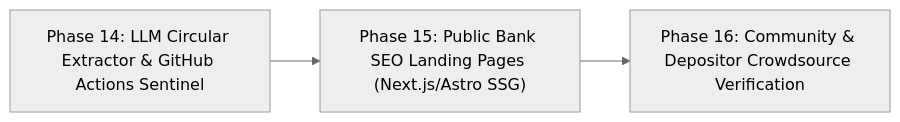
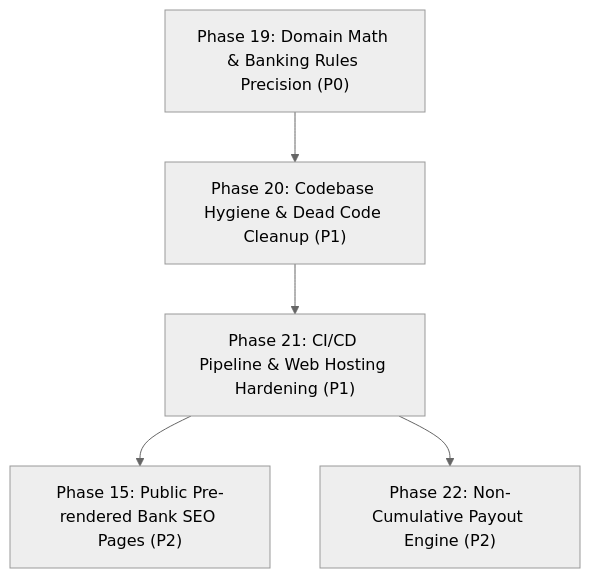
The second of 2 diagrams in context.md (veerendrageddam/Bharat-Fixed-Yield), drawn with Mermaid (neutral theme) before and after one commit. The commit also changed other lines of this file and 2 other files, not shown here.

Commit message:
docs: add Phase 19-22 implementation roadmap to tracker

````diff
--- a/context.md
+++ b/context.md
@@ -273,4 +290,7 @@
 ```mermaid
-flowchart LR
-    A["Phase 14: LLM Circular Extractor & GitHub Actions Sentinel"] --> B["Phase 15: Public Bank SEO Landing Pages (Next.js/Astro SSG)"] --> C["Phase 16: Community & Depositor Crowdsource Verification"]
+flowchart TD
+    P19["Phase 19: Domain Math & Banking Rules Precision (P0)"] --> P20["Phase 20: Codebase Hygiene & Dead Code Cleanup (P1)"]
+    P20 --> P21["Phase 21: CI/CD Pipeline & Web Hosting Hardening (P1)"]
+    P21 --> P15["Phase 15: Public Pre-rendered Bank SEO Pages (P2)"]
+    P21 --> P22["Phase 22: Non-Cumulative Payout Engine (P2)"]
 ```
````
